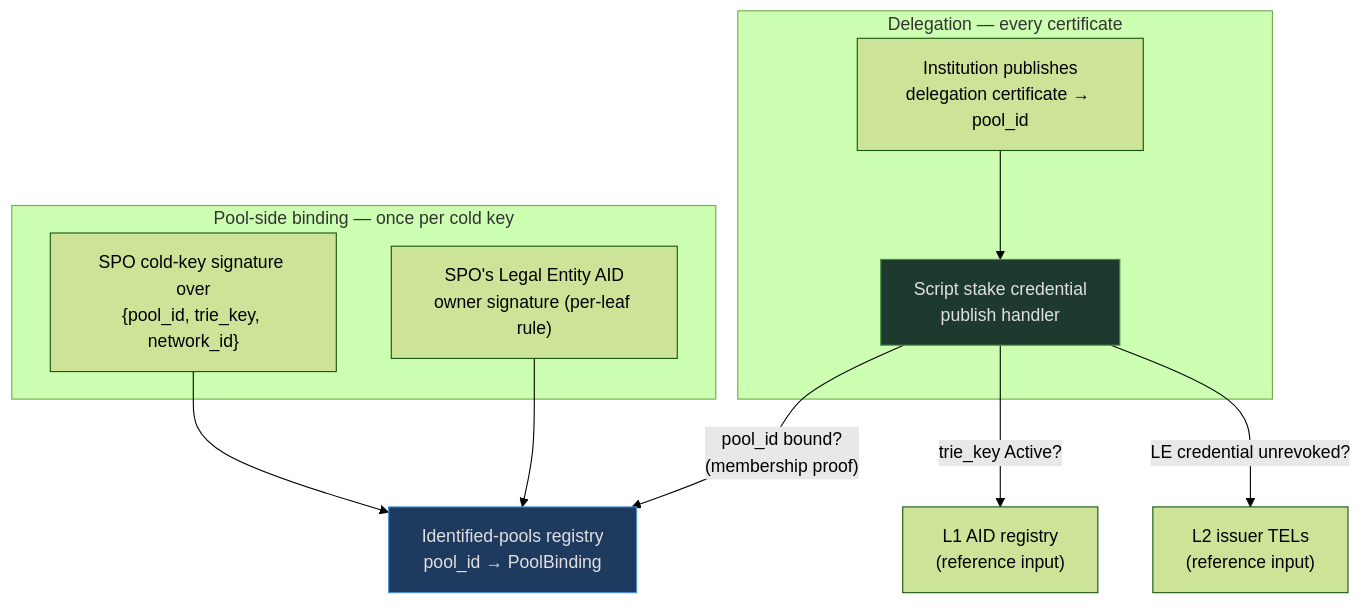
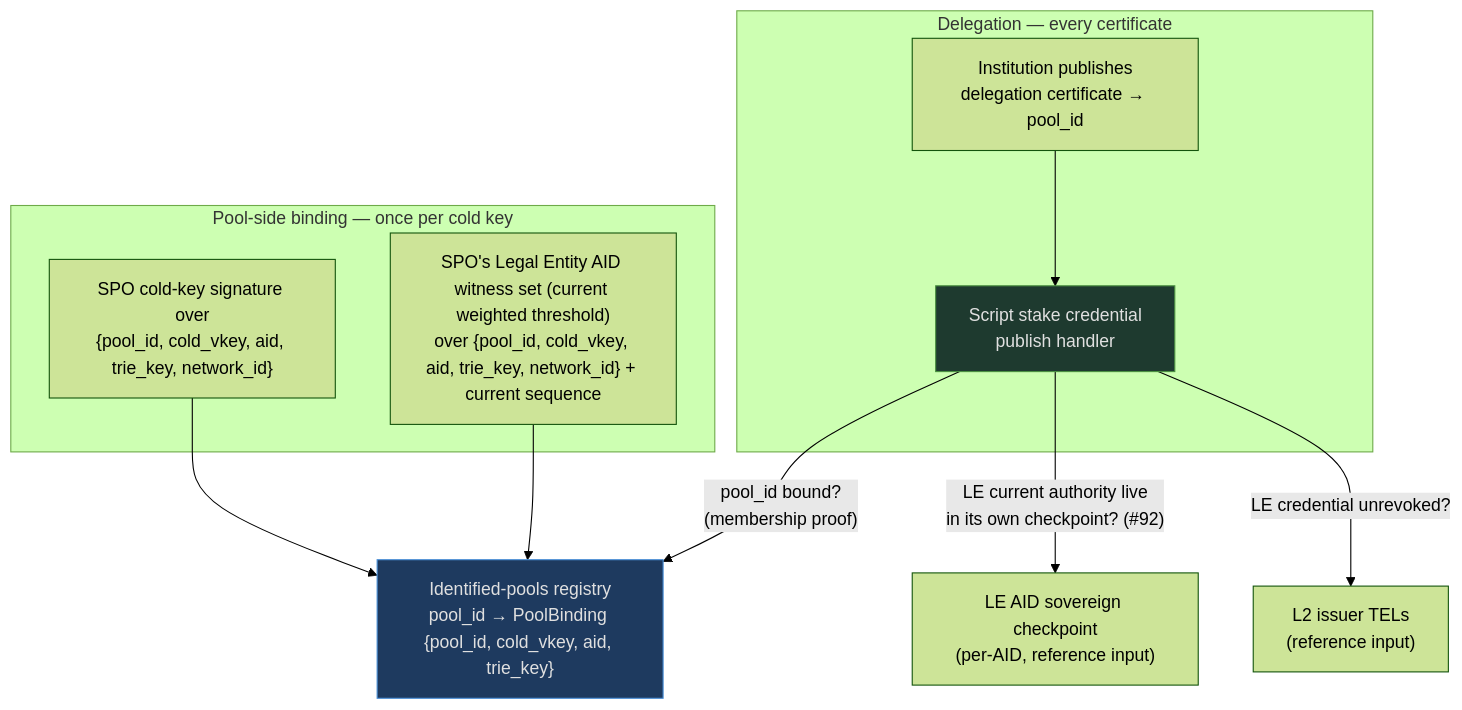
The diagram in docs/design/business-cases/spo-delegation.md (lambdasistemi/cardano-keri), drawn with Mermaid (forest theme) before and after one commit. The commit also changed other lines of this file and 7 other files, not shown here.

````diff
--- a/docs/design/business-cases/spo-delegation.md
+++ b/docs/design/business-cases/spo-delegation.md
@@ -76,22 +117,22 @@
 ```mermaid
 flowchart TB
     subgraph bind["Pool-side binding — once per cold key"]
-        COLD["SPO cold-key signature over<br/>{pool_id, trie_key, network_id}"]
-        LESIG["SPO's Legal Entity AID<br/>owner signature (per-leaf rule)"]
+        COLD["SPO cold-key signature over<br/>{pool_id, cold_vkey, aid, trie_key, network_id}"]
+        LESIG["SPO's Legal Entity AID witness set (current weighted threshold)<br/>over {pool_id, cold_vkey, aid, trie_key, network_id} + current sequence"]
     end
-    IPR["Identified-pools registry<br/>pool_id → PoolBinding"]
+    IPR["Identified-pools registry<br/>pool_id → PoolBinding {pool_id, cold_vkey, aid, trie_key}"]
     COLD --> IPR
     LESIG --> IPR
 
     subgraph deleg["Delegation — every certificate"]
         INST["Institution publishes<br/>delegation certificate → pool_id"]
         PUB["Script stake credential<br/>publish handler"]
         INST --> PUB
     end
     PUB -->|"pool_id bound?<br/>(membership proof)"| IPR
-    PUB -->|"trie_key Active?"| L1["L1 AID registry<br/>(reference input)"]
+    PUB -->|"LE current authority live<br/>in its own checkpoint? (#92)"| CHK["LE AID sovereign checkpoint<br/>(per-AID, reference input)"]
     PUB -->|"LE credential unrevoked?"| L2["L2 issuer TELs<br/>(reference input)"]
 
     style IPR fill:#1e3a5f,stroke:#4a90d9,color:#e0e0e0
     style PUB fill:#1e3a2f,stroke:#4a9040,color:#e0e0e0
 ```
````
